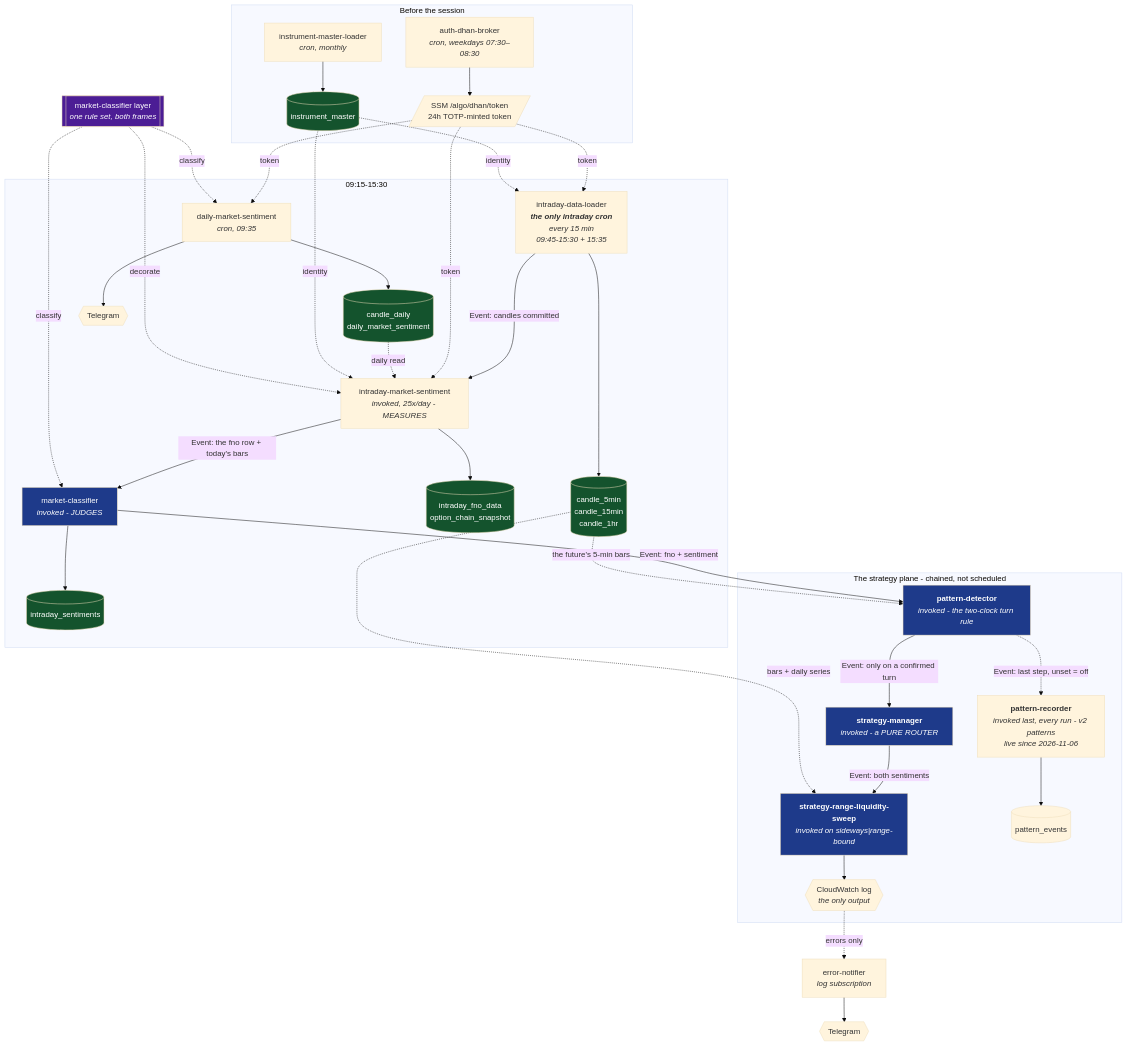
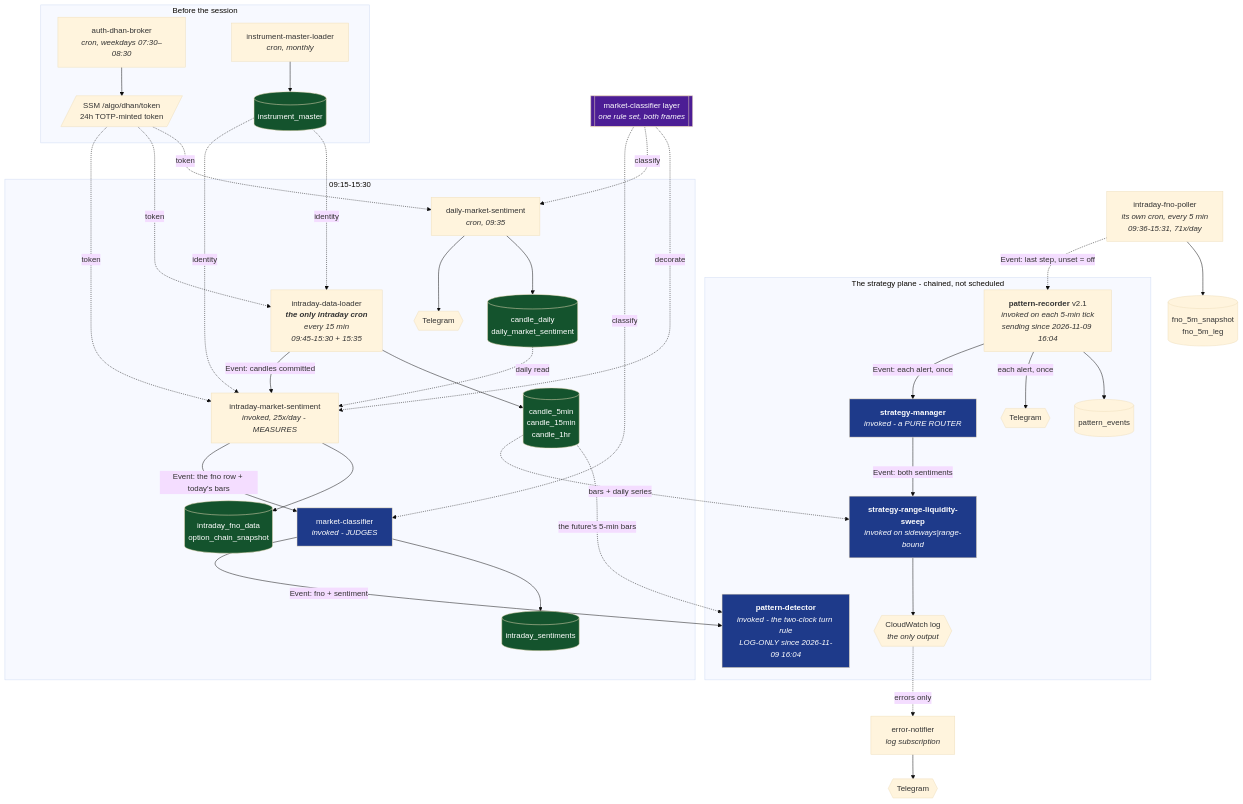
Before and after one commit to amar7585/aws-algo-claude: the first of 7 diagrams in docs/flow.md, drawn with Mermaid (base theme). The commit also changed other lines of this file and 5 other files, not shown here.

First line of the commit message:
docs: pattern-recorder v2.1 live; pattern-detector log-only

````diff
--- a/docs/flow.md
+++ b/docs/flow.md
@@ -10,60 +10,63 @@
 ```mermaid
 flowchart TD
     subgraph BEFORE["Before the session"]
         AUTH["auth-dhan-broker<br/><i>cron, weekdays 07:30–08:30</i>"] --> SSM[/"SSM /algo/dhan/token<br/>24h TOTP-minted token"/]
         LOADER["instrument-master-loader<br/><i>cron, monthly</i>"] --> IM[("instrument_master")]
     end
 
     subgraph SESSION["09:15-15:30"]
         DAILY["daily-market-sentiment<br/><i>cron, 09:35</i>"] --> DTBL[("candle_daily<br/>daily_market_sentiment")]
         DAILY --> TG1{{"Telegram"}}
 
         CANDLES["intraday-data-loader<br/><i><b>the only intraday cron</b><br/>every 15 min<br/>09:45-15:30 + 15:35</i>"] --> CTBL[("candle_5min<br/>candle_15min<br/>candle_1hr")]
 
         SENT["intraday-market-sentiment<br/><i>invoked, 25x/day - MEASURES</i>"] --> STBL[("intraday_fno_data<br/>option_chain_snapshot")]
         CLSF["market-classifier<br/><i>invoked - JUDGES</i>"] --> SENTBL[("intraday_sentiments")]
     end
 
     subgraph STRAT["The strategy plane - chained, not scheduled"]
-        PD["<b>pattern-detector</b><br/><i>invoked - the two-clock turn rule</i>"]
+        PD["<b>pattern-detector</b><br/><i>invoked - the two-clock turn rule<br/>LOG-ONLY since 2026-11-09 16:04</i>"]
         MGR["<b>strategy-manager</b><br/><i>invoked - a PURE ROUTER</i>"]
         SWEEP["<b>strategy-range-liquidity-sweep</b><br/><i>invoked on sideways|range-bound</i>"]
-        REC["<b>pattern-recorder</b><br/><i>invoked last, every run - v2 patterns<br/>live since 2026-11-06</i>"] --> PEV[("pattern_events")]
-        PD -->|"Event: only on a confirmed turn"| MGR
-        PD -.->|"Event: last step, unset = off"| REC
+        REC["<b>pattern-recorder</b> v2.1<br/><i>invoked on each 5-min tick<br/>sending since 2026-11-09 16:04</i>"] --> PEV[("pattern_events")]
+        REC -->|"each alert, once"| TG3{{"Telegram"}}
+        REC -->|"Event: each alert, once"| MGR
         MGR -->|"Event: both sentiments"| SWEEP
         SWEEP --> LOG{{"CloudWatch log<br/><i>the only output</i>"}}
     end
+
+    POLL["intraday-fno-poller<br/><i>its own cron, every 5 min<br/>09:36-15:31, 71x/day</i>"] --> PTBL[("fno_5m_snapshot<br/>fno_5m_leg")]
+    POLL -.->|"Event: last step, unset = off"| REC
 
     CANDLES -->|"Event: candles committed"| SENT
     SENT -->|"Event: the fno row + today's bars"| CLSF
     CLSF -->|"Event: fno + sentiment"| PD
 
     SSM -.token.-> DAILY
     SSM -.token.-> CANDLES
     SSM -.token.-> SENT
     CTBL -.the future's 5-min bars.-> PD
     CTBL -.bars + daily series.-> SWEEP
     DTBL -.daily read.-> SENT
     IM -.identity.-> CANDLES
     IM -.identity.-> SENT
 
     CLS[["market-classifier layer<br/><i>one rule set, both frames</i>"]]
     CLS -.decorate.-> SENT
     CLS -.classify.-> DAILY
     CLS -.classify.-> CLSF
     style CLS fill:#4c1d95,color:#fff
 
     ERR["error-notifier<br/><i>log subscription</i>"] --> TG2{{"Telegram"}}
     LOG -.errors only.-> ERR
 
     style STBL fill:#14532d,color:#fff
     style SENTBL fill:#14532d,color:#fff
     style CTBL fill:#14532d,color:#fff
     style DTBL fill:#14532d,color:#fff
     style IM fill:#14532d,color:#fff
     style CLSF fill:#1e3a8a,color:#fff
     style PD fill:#1e3a8a,color:#fff
     style MGR fill:#1e3a8a,color:#fff
     style SWEEP fill:#1e3a8a,color:#fff
 ```
````
